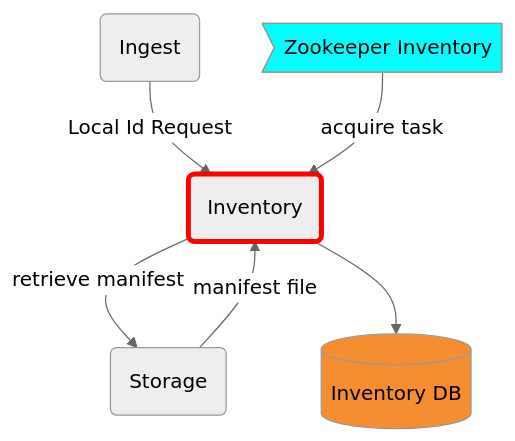
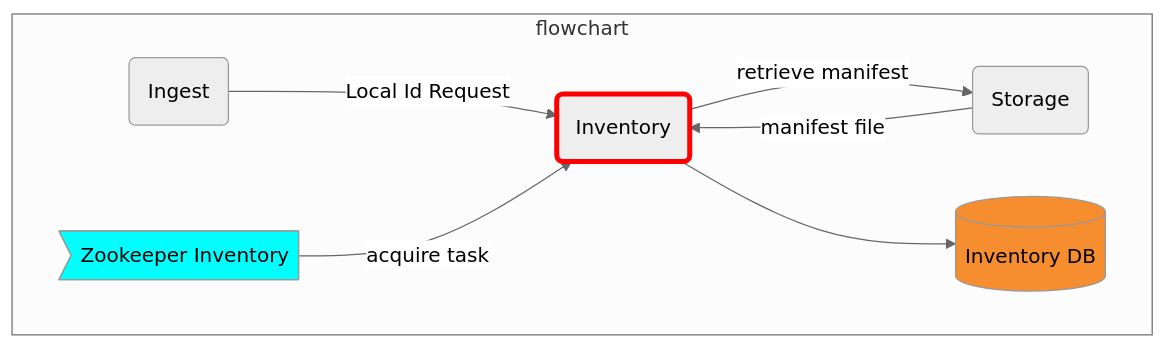
One commit to CDLUC3/mrt-doc changed the diagram in diagrams/inventory.mmd. Above: the diagram before and after it, drawn with Mermaid. The commit also changed 34 other files, not shown here.

```diff
--- a/diagrams/inventory.mmd
+++ b/diagrams/inventory.mmd
@@ -1,17 +1,19 @@
 %%{init: {'theme': 'neutral'}}%%
 graph TD
   ING(Ingest)
   ST(Storage)
   ZOOINV>Zookeeper Inventory]
   INV(Inventory)
   RDS[(Inventory DB)]
 
-  ING --> |Local Id Request| INV
-  ZOOINV --> |acquire task| INV
-  INV --> |retrieve manifest| ST
-  ST --> |manifest file| INV
-  INV --> RDS
-
+  subgraph flowchart
+    ING --> |Local Id Request| INV
+    ZOOINV --> |acquire task| INV
+    INV --> |retrieve manifest| ST
+    ST --> |manifest file| INV
+    INV --> RDS
+  end
+  
   style RDS fill:#F68D2F
   style ZOOINV fill:cyan
   style INV stroke:red,stroke-width:4px
```
